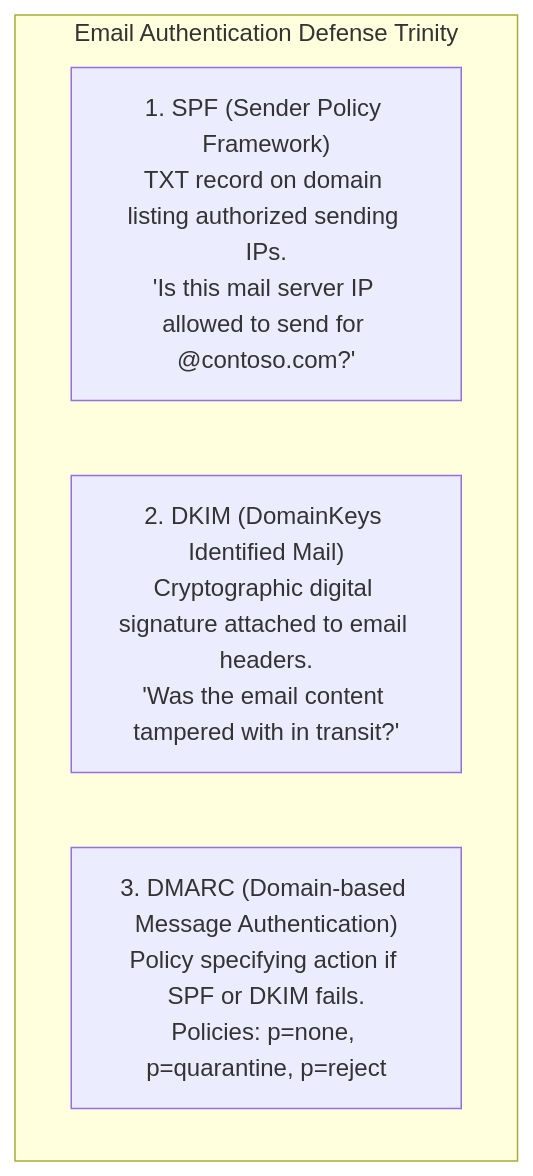
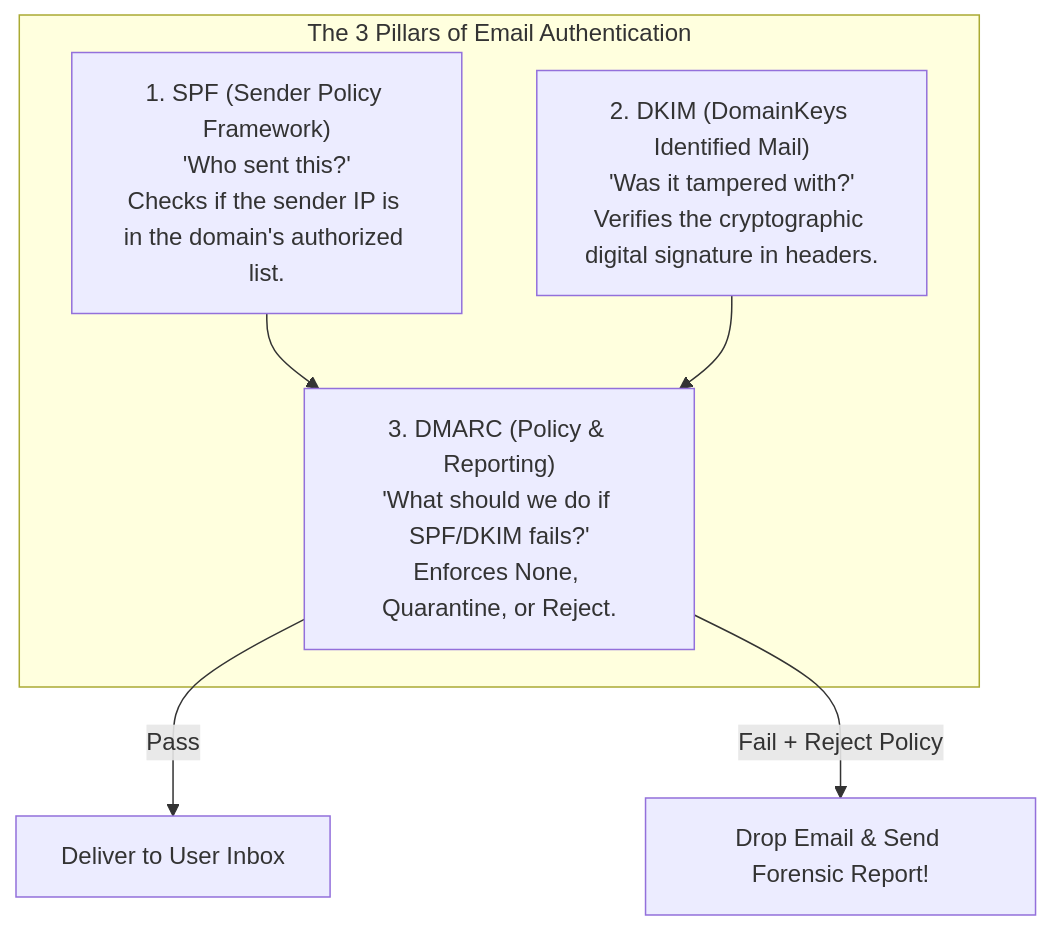
Before and after one commit to varunks04/CBS-Roleplay: the first of 2 diagrams in SOC/03_Technologies_and_Architectures/04_Email_Security_Gateways_and_Phishing_Mechanisms.md, drawn with Mermaid. The commit also changed other lines of this file and 40 other files, not shown here.

````diff
--- a/SOC/03_Technologies_and_Architectures/04_Email_Security_Gateways_and_Phishing_Mechanisms.md
+++ b/SOC/03_Technologies_and_Architectures/04_Email_Security_Gateways_and_Phishing_Mechanisms.md
@@ -17,8 +21,12 @@
 ```mermaid
 graph TD
-    subgraph "Email Authentication Defense Trinity"
-        SPF["1. SPF (Sender Policy Framework)<br>TXT record on domain listing authorized sending IPs.<br>'Is this mail server IP allowed to send for @contoso.com?'"]
-        DKIM["2. DKIM (DomainKeys Identified Mail)<br>Cryptographic digital signature attached to email headers.<br>'Was the email content tampered with in transit?'"]
-        DMARC["3. DMARC (Domain-based Message Authentication)<br>Policy specifying action if SPF or DKIM fails.<br>Policies: p=none, p=quarantine, p=reject"]
+    subgraph "The 3 Pillars of Email Authentication"
+        SPF["1. SPF (Sender Policy Framework)<br/>'Who sent this?'<br/>Checks if the sender IP is in the domain's authorized list."]
+        DKIM["2. DKIM (DomainKeys Identified Mail)<br/>'Was it tampered with?'<br/>Verifies the cryptographic digital signature in headers."]
+        DMARC["3. DMARC (Policy & Reporting)<br/>'What should we do if SPF/DKIM fails?'<br/>Enforces None, Quarantine, or Reject."]
     end
+
+    SPF & DKIM --> DMARC
+    DMARC -->|Pass| Inbox["Deliver to User Inbox"]
+    DMARC -->|Fail + Reject Policy| Drop["Drop Email & Send Forensic Report!"]
 ```
````
